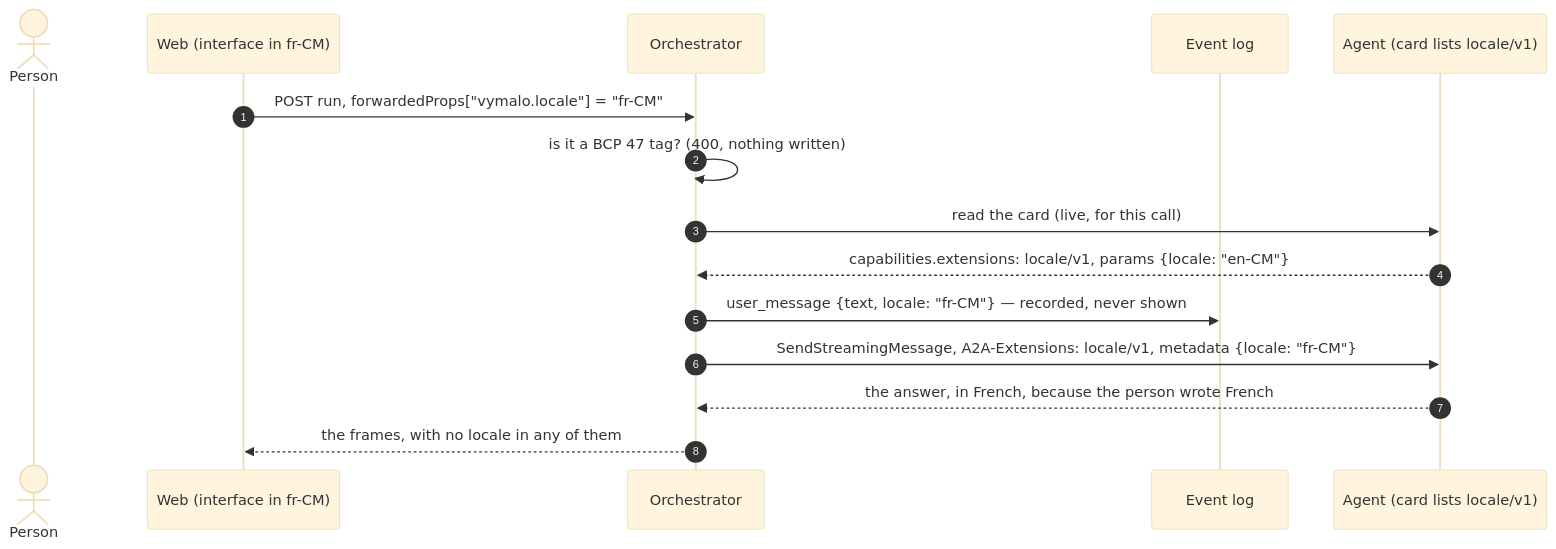
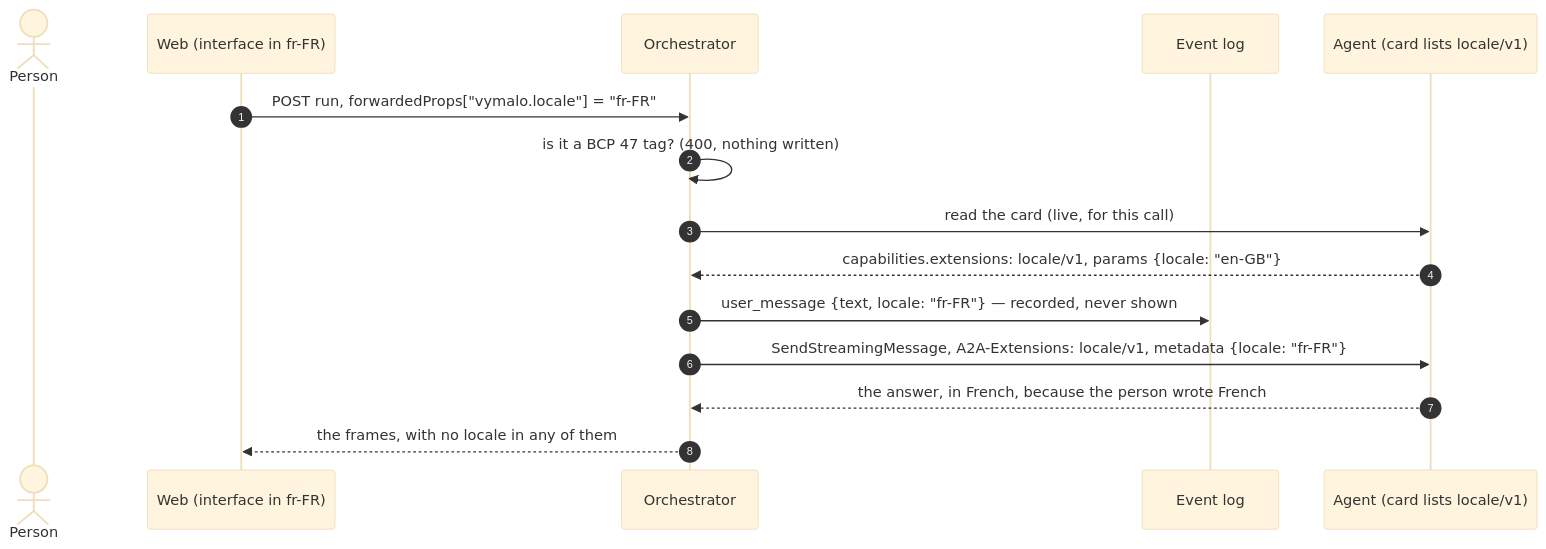
The first of 2 diagrams in docs/api/locale-v1.md (marcjazz/another-agentic-system), drawn with Mermaid (base theme) before and after one commit. The commit also changed other lines of this file and 5 other files, not shown here.

````diff
--- a/docs/api/locale-v1.md
+++ b/docs/api/locale-v1.md
@@ -40,18 +39,18 @@
 ```mermaid
 sequenceDiagram
   autonumber
   actor P as Person
-  participant W as Web (interface in fr-CM)
+  participant W as Web (interface in fr-FR)
   participant O as Orchestrator
   participant L as Event log
   participant A as Agent (card lists locale/v1)
 
-  W->>O: POST run, forwardedProps["vymalo.locale"] = "fr-CM"
+  W->>O: POST run, forwardedProps["vymalo.locale"] = "fr-FR"
   O->>O: is it a BCP 47 tag? (400, nothing written)
   O->>A: read the card (live, for this call)
-  A-->>O: capabilities.extensions: locale/v1, params {locale: "en-CM"}
-  O->>L: user_message {text, locale: "fr-CM"} — recorded, never shown
-  O->>A: SendStreamingMessage, A2A-Extensions: locale/v1, metadata {locale: "fr-CM"}
+  A-->>O: capabilities.extensions: locale/v1, params {locale: "en-GB"}
+  O->>L: user_message {text, locale: "fr-FR"} — recorded, never shown
+  O->>A: SendStreamingMessage, A2A-Extensions: locale/v1, metadata {locale: "fr-FR"}
   A-->>O: the answer, in French, because the person wrote French
   O-->>W: the frames, with no locale in any of them
 ```
````
